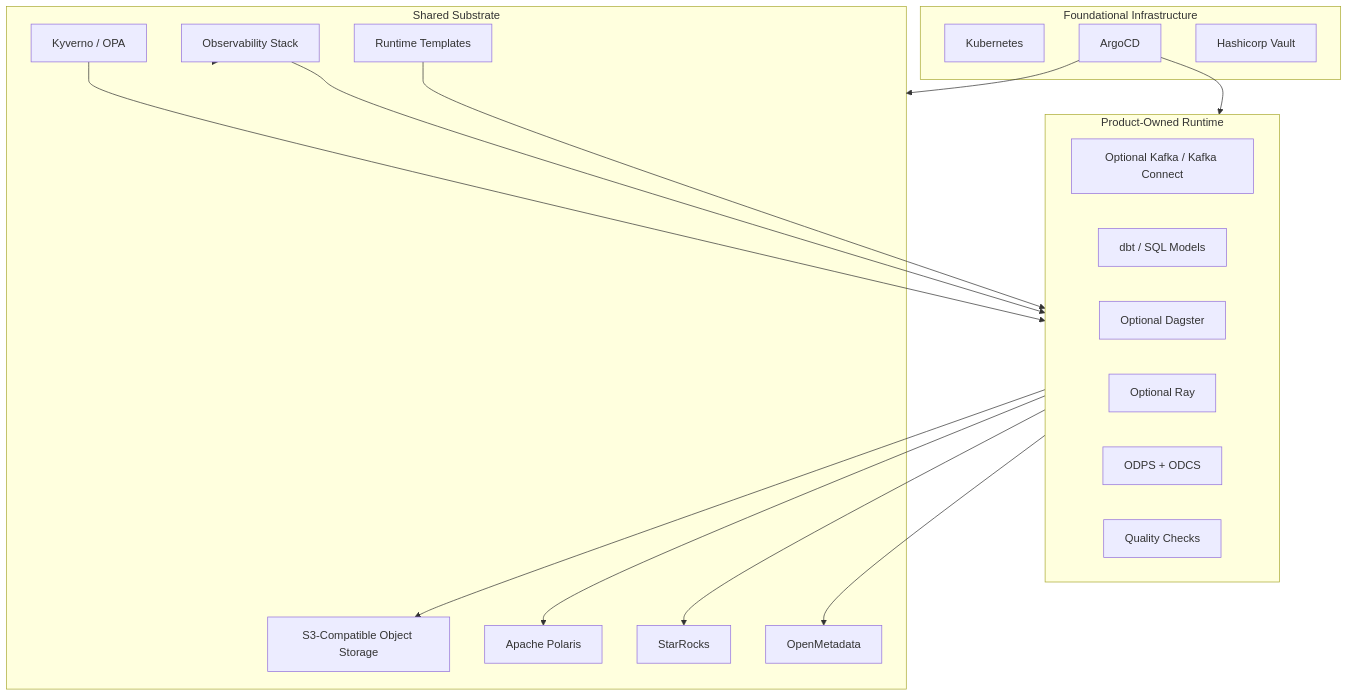
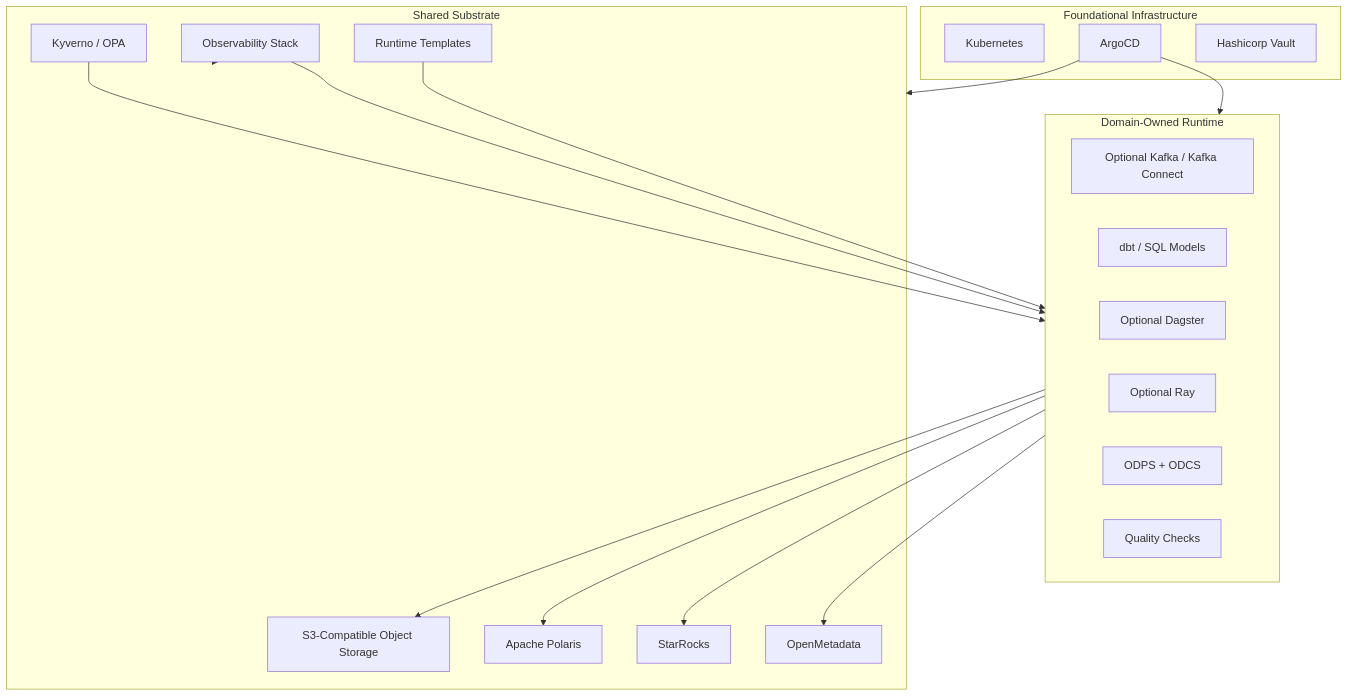
Before and after one commit to DecentraB/datahive-platform: the second of 2 diagrams in README.md, drawn with Mermaid. The commit also changed other lines of this file, not shown here.

````diff
--- a/README.md
+++ b/README.md
@@ -138,38 +138,38 @@
 ```mermaid
 flowchart TB
     subgraph Foundation["Foundational Infrastructure"]
         Cluster["Kubernetes"]
         ArgoCD["ArgoCD"]
         Vault["Hashicorp Vault"]
     end
 
     subgraph Shared["Shared Substrate"]
         ObjectStore["S3-Compatible Object Storage"]
         Polaris["Apache Polaris"]
         StarRocks["StarRocks"]
         OpenMetadata["OpenMetadata"]
         Policy["Kyverno / OPA"]
         Observability["Observability Stack"]
         Templates["Runtime Templates"]
     end
 
-    subgraph Products["Product-Owned Runtime"]
+    subgraph Domains["Domain-Owned Runtime"]
         IngestionRuntime["Optional Kafka / Kafka Connect"]
         SQLModels["dbt / SQL Models"]
         Dagster["Optional Dagster"]
         Ray["Optional Ray"]
         Contracts["ODPS + ODCS"]
         Quality["Quality Checks"]
     end
 
     ArgoCD --> Shared
-    ArgoCD --> Products
-    Templates --> Products
-    Products --> ObjectStore
-    Products --> Polaris
-    Products --> StarRocks
-    Products --> OpenMetadata
-    Policy --> Products
+    ArgoCD --> Domains
+    Templates --> Domains
+    Domains --> ObjectStore
+    Domains --> Polaris
+    Domains --> StarRocks
+    Domains --> OpenMetadata
+    Policy --> Domains
     Observability --> Shared
-    Observability --> Products
+    Observability --> Domains
 ```
````
